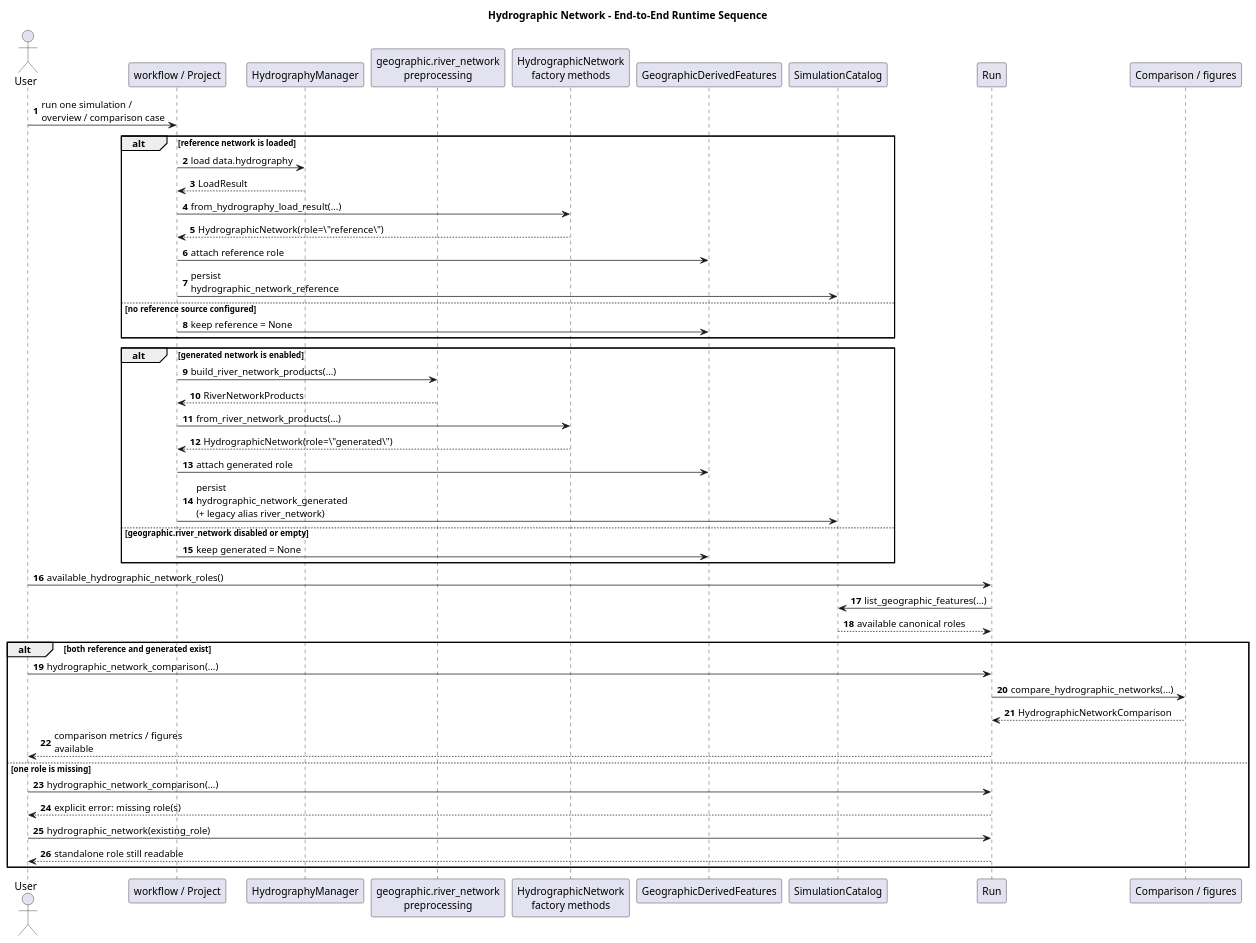
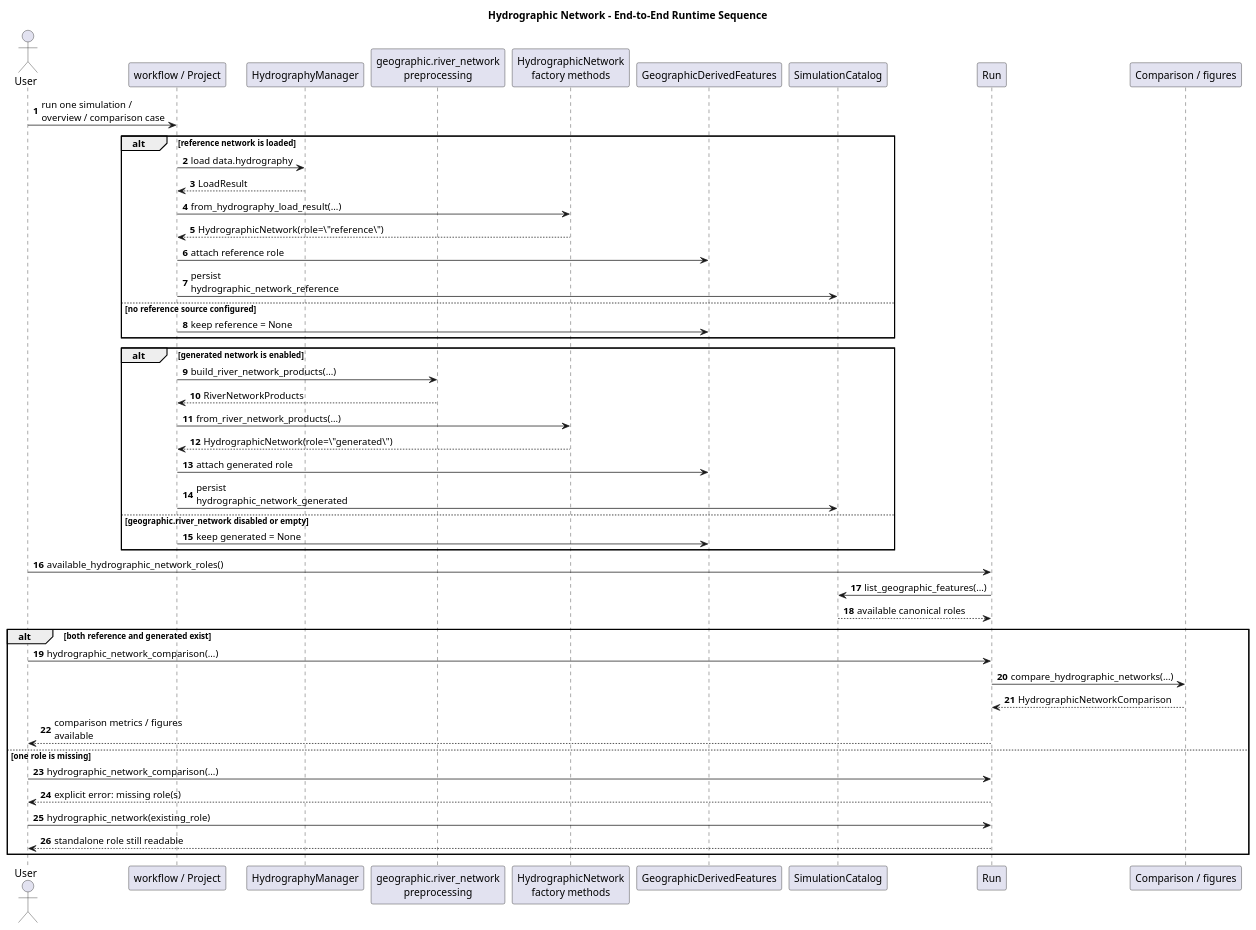
One commit to HydroModPy/HydroModPy changed the diagram in docs/source/architecture/spatial_support/diagrams/hydrographic_network_runtime_sequence.wsd. Above: the diagram before and after it, drawn with PlantUML. The commit also changed 29 other files, not shown here.

First line of the commit message:
Remove geographic river trace legacy aliases

```diff
--- a/docs/source/architecture/spatial_support/diagrams/hydrographic_network_runtime_sequence.wsd
+++ b/docs/source/architecture/spatial_support/diagrams/hydrographic_network_runtime_sequence.wsd
@@ -1,56 +1,56 @@
 @startuml
 title Hydrographic Network - End-to-End Runtime Sequence
 autonumber
 skinparam wrapWidth 180
 skinparam maxMessageSize 180
 
 actor User
 participant "workflow / Project" as Workflow
 participant "HydrographyManager" as HydroMgr
 participant "geographic.river_network\npreprocessing" as GeoRiver
 participant "HydrographicNetwork\nfactory methods" as Factory
 participant "GeographicDerivedFeatures" as Features
 participant "SimulationCatalog" as Catalog
 participant "Run" as Run
 participant "Comparison / figures" as Compare
 
 User -> Workflow : run one simulation / overview / comparison case
 
 alt reference network is loaded
   Workflow -> HydroMgr : load data.hydrography
   HydroMgr --> Workflow : LoadResult
   Workflow -> Factory : from_hydrography_load_result(...)
   Factory --> Workflow : HydrographicNetwork(role=\"reference\")
   Workflow -> Features : attach reference role
   Workflow -> Catalog : persist hydrographic_network_reference
 else no reference source configured
   Workflow -> Features : keep reference = None
 end
 
 alt generated network is enabled
   Workflow -> GeoRiver : build_river_network_products(...)
   GeoRiver --> Workflow : RiverNetworkProducts
   Workflow -> Factory : from_river_network_products(...)
   Factory --> Workflow : HydrographicNetwork(role=\"generated\")
   Workflow -> Features : attach generated role
-  Workflow -> Catalog : persist hydrographic_network_generated\n(+ legacy alias river_network)
+  Workflow -> Catalog : persist hydrographic_network_generated
 else geographic.river_network disabled or empty
   Workflow -> Features : keep generated = None
 end
 
 User -> Run : available_hydrographic_network_roles()
 Run -> Catalog : list_geographic_features(...)
 Catalog --> Run : available canonical roles
 
 alt both reference and generated exist
   User -> Run : hydrographic_network_comparison(...)
   Run -> Compare : compare_hydrographic_networks(...)
   Compare --> Run : HydrographicNetworkComparison
   Run --> User : comparison metrics / figures available
 else one role is missing
   User -> Run : hydrographic_network_comparison(...)
   Run --> User : explicit error: missing role(s)
   User -> Run : hydrographic_network(existing_role)
   Run --> User : standalone role still readable
 end
 @enduml
```
